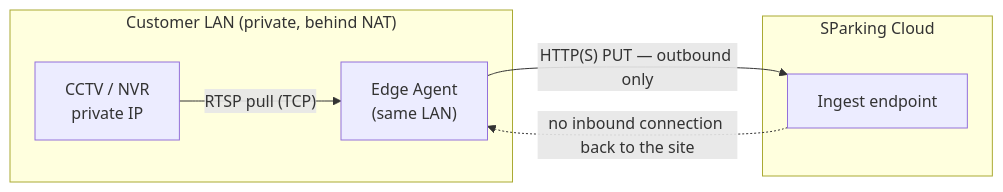
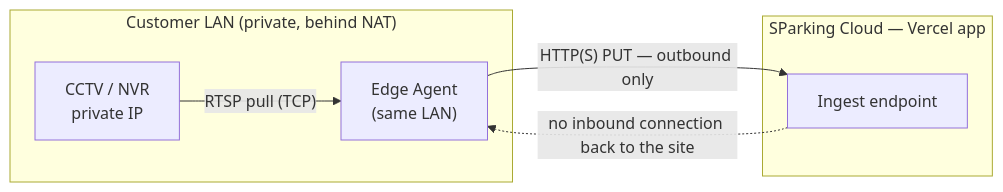
One commit to Tatu1984/Smart-Parking changed the first of 18 diagrams in docs/cctv/edge-agent-complete-architecture.md. Above: the diagram before and after it, drawn with Mermaid. The commit also changed other lines of this file and 1 other file, not shown here.

First line of the commit message:
docs(cctv): reflect portal + ingest on same Vercel app in architecture doc

````diff
--- a/docs/cctv/edge-agent-complete-architecture.md
+++ b/docs/cctv/edge-agent-complete-architecture.md
@@ -72,13 +72,13 @@
 ```mermaid
 flowchart LR
   subgraph LAN["Customer LAN (private, behind NAT)"]
     CAM["CCTV / NVR<br/>private IP"]
     EA["Edge Agent<br/>(same LAN)"]
   end
-  subgraph CLOUD["SParking Cloud"]
+  subgraph CLOUD["SParking Cloud — Vercel app"]
     ING["Ingest endpoint"]
   end
   CAM -->|"RTSP pull (TCP)"| EA
   EA -->|"HTTP(S) PUT — outbound only"| ING
   ING -. "no inbound connection back to the site" .-> EA
 ```
````
